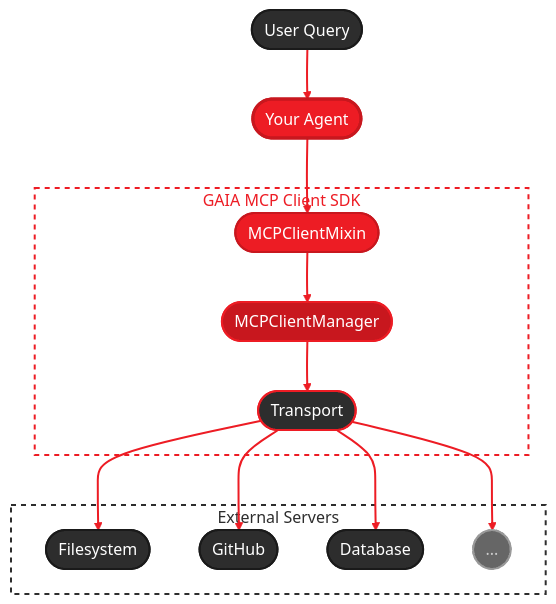
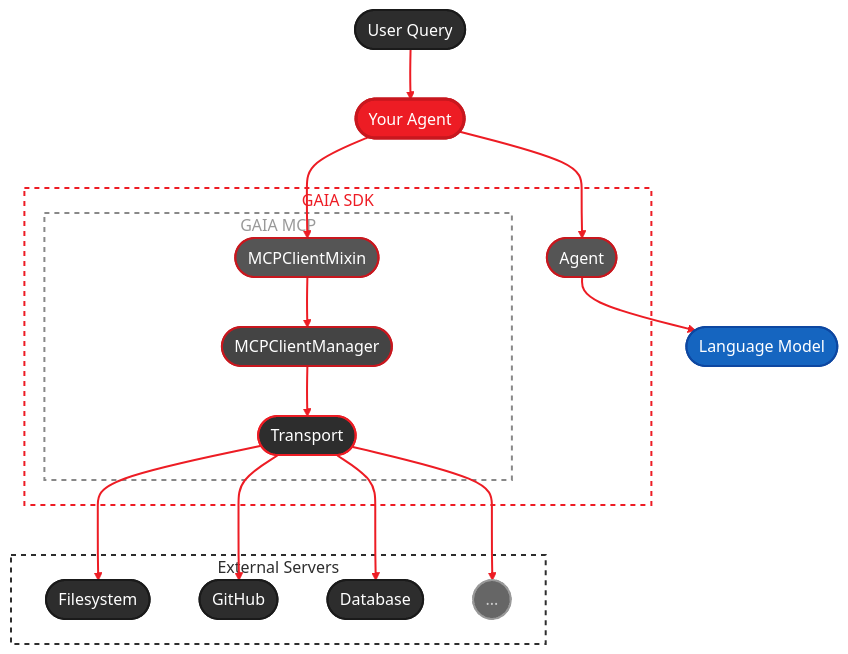
The diagram in docs/guides/mcp/client.mdx (amd/gaia), drawn with Mermaid before and after one commit. The commit also changed other lines of this file, not shown here.

Commit message:
Refine MCP Client "How It Works" architecture diagram
- Split flat box into nested GAIA SDK > GAIA MCP subgraphs to
  match actual package layout (agents/base vs mcp/)
- Add Agent and Language Model nodes to show LLM communication
  path clearly (Agent → LLM, not Mixin)
- Reduce red: only "Your Agent" is bright red focal point;
  framework nodes use subdued gray with red borders
- Remove invisible link that implied MCPClientMixin ↔ Agent
  communication
- Update description to explain all five components

````diff
--- a/docs/guides/mcp/client.mdx
+++ b/docs/guides/mcp/client.mdx
@@ -147,42 +147,51 @@
 ```mermaid
 %%{init: {'theme':'base', 'themeVariables': { 'primaryColor':'#ED1C24', 'primaryTextColor':'#fff', 'primaryBorderColor':'#C8171E', 'lineColor':'#ED1C24', 'secondaryColor':'#2d2d2d', 'tertiaryColor':'#f5f5f5', 'fontFamily': 'system-ui, -apple-system, sans-serif'}, 'flowchart': {'curve': 'basis'}}}%%
 flowchart TB
     User(["User Query"])
-    Agent(["Your Agent"])
+    YourAgent(["Your Agent"])
+    LLM(["Language Model"])
 
-    subgraph GAIAClient ["GAIA MCP Client SDK"]
-        Mixin(["MCPClientMixin"])
-        Manager(["MCPClientManager"])
-        Transport(["Transport"])
+    subgraph GAIASDK ["GAIA SDK"]
+        AgentBase(["Agent"])
+        subgraph MCPSDK ["GAIA MCP"]
+            Mixin(["MCPClientMixin"])
+            Manager(["MCPClientManager"])
+            Transport(["Transport"])
+        end
     end
 
     subgraph ExtServers ["External Servers"]
         FS(["Filesystem"])
         GH(["GitHub"])
         DB(["Database"])
         More(["..."])
     end
 
-    User --> Agent
-    Agent --> Mixin
+    User --> YourAgent
+    YourAgent --> Mixin
+    YourAgent --> AgentBase
+    AgentBase --> LLM
     Mixin --> Manager
     Manager --> Transport
     Transport --> FS
     Transport --> GH
     Transport --> DB
     Transport --> More
 
     style User fill:#2d2d2d,stroke:#1a1a1a,stroke-width:2px,color:#fff
-    style Agent fill:#ED1C24,stroke:#C8171E,stroke-width:3px,color:#fff
-    style Mixin fill:#ED1C24,stroke:#C8171E,stroke-width:2px,color:#fff
-    style Manager fill:#C8171E,stroke:#ED1C24,stroke-width:2px,color:#fff
+    style YourAgent fill:#ED1C24,stroke:#C8171E,stroke-width:3px,color:#fff
+    style Mixin fill:#555555,stroke:#C8171E,stroke-width:2px,color:#fff
+    style AgentBase fill:#555555,stroke:#C8171E,stroke-width:2px,color:#fff
+    style Manager fill:#444444,stroke:#C8171E,stroke-width:2px,color:#fff
     style Transport fill:#2d2d2d,stroke:#ED1C24,stroke-width:2px,color:#fff
+    style LLM fill:#1565C0,stroke:#0D47A1,stroke-width:2px,color:#fff
     style FS fill:#2d2d2d,stroke:#1a1a1a,stroke-width:2px,color:#fff
     style GH fill:#2d2d2d,stroke:#1a1a1a,stroke-width:2px,color:#fff
     style DB fill:#2d2d2d,stroke:#1a1a1a,stroke-width:2px,color:#fff
     style More fill:#666,stroke:#999,stroke-width:2px,color:#ccc,stroke-dasharray:3
-    style GAIAClient fill:none,stroke:#ED1C24,stroke-width:2px,stroke-dasharray:5,color:#ED1C24
+    style GAIASDK fill:none,stroke:#ED1C24,stroke-width:2px,stroke-dasharray:5,color:#ED1C24
+    style MCPSDK fill:none,stroke:#888,stroke-width:2px,stroke-dasharray:5,color:#999
     style ExtServers fill:none,stroke:#2d2d2d,stroke-width:2px,stroke-dasharray:5,color:#2d2d2d
 
     linkStyle default stroke:#ED1C24,stroke-width:2px
 ```
````
